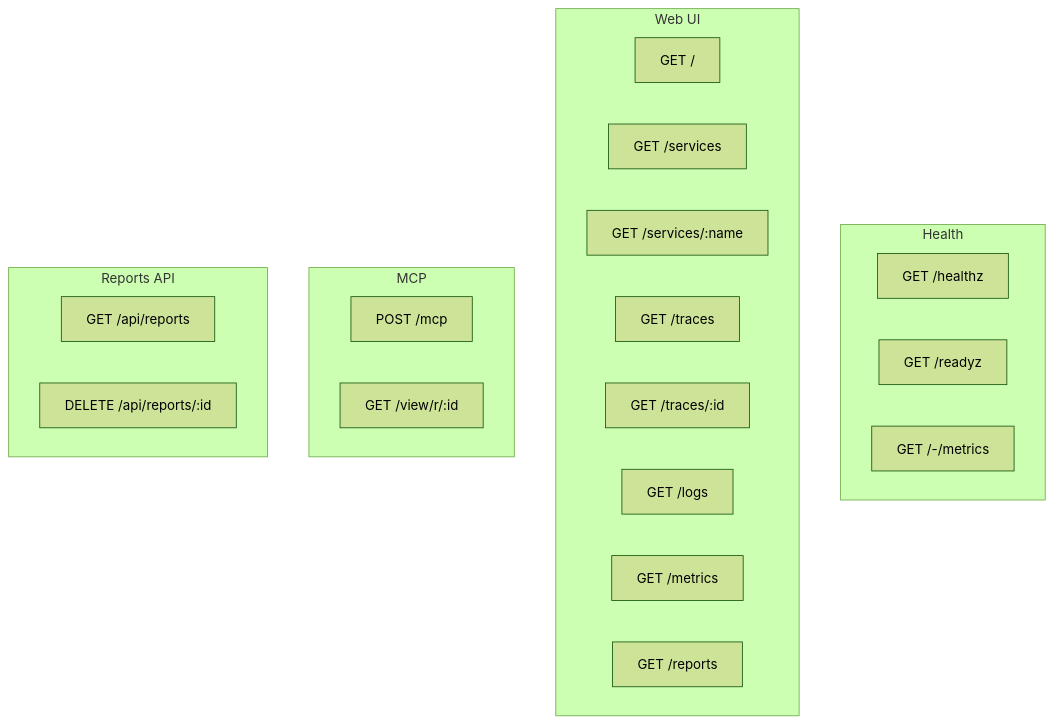
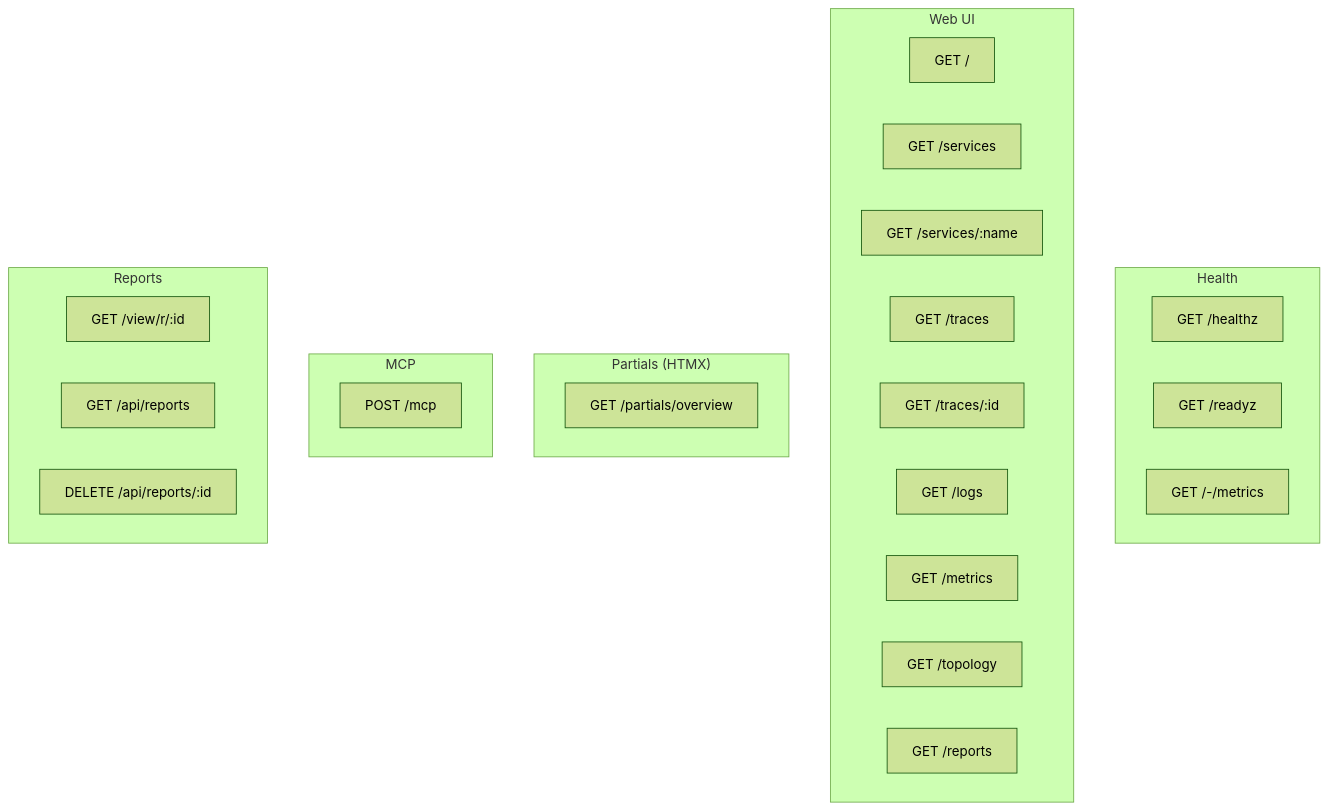
Before and after one commit to labstack/fanout: the eighth of 10 diagrams in ARCHITECTURE.md, drawn with Mermaid (forest theme). The commit also changed other lines of this file, not shown here.

First line of the commit message:
Update architecture docs with complete diagrams

````diff
--- a/ARCHITECTURE.md
+++ b/ARCHITECTURE.md
@@ -149,29 +420,34 @@
 ```mermaid
 graph TB
     subgraph Health
         HZ["GET /healthz"]
         RZ["GET /readyz"]
         PM["GET /-/metrics"]
     end
 
     subgraph "Web UI"
         OV["GET /"]
         SV["GET /services"]
         SD["GET /services/:name"]
         TC["GET /traces"]
         TD["GET /traces/:id"]
         LG["GET /logs"]
         MT["GET /metrics"]
+        TP["GET /topology"]
         RP["GET /reports"]
+    end
+
+    subgraph "Partials (HTMX)"
+        PO["GET /partials/overview"]
     end
 
     subgraph MCP
         MC["POST /mcp"]
-        VW["GET /view/r/:id"]
     end
 
-    subgraph "Reports API"
+    subgraph Reports
+        VW["GET /view/r/:id"]
         RL["GET /api/reports"]
         RD["DELETE /api/reports/:id"]
     end
 ```
````
